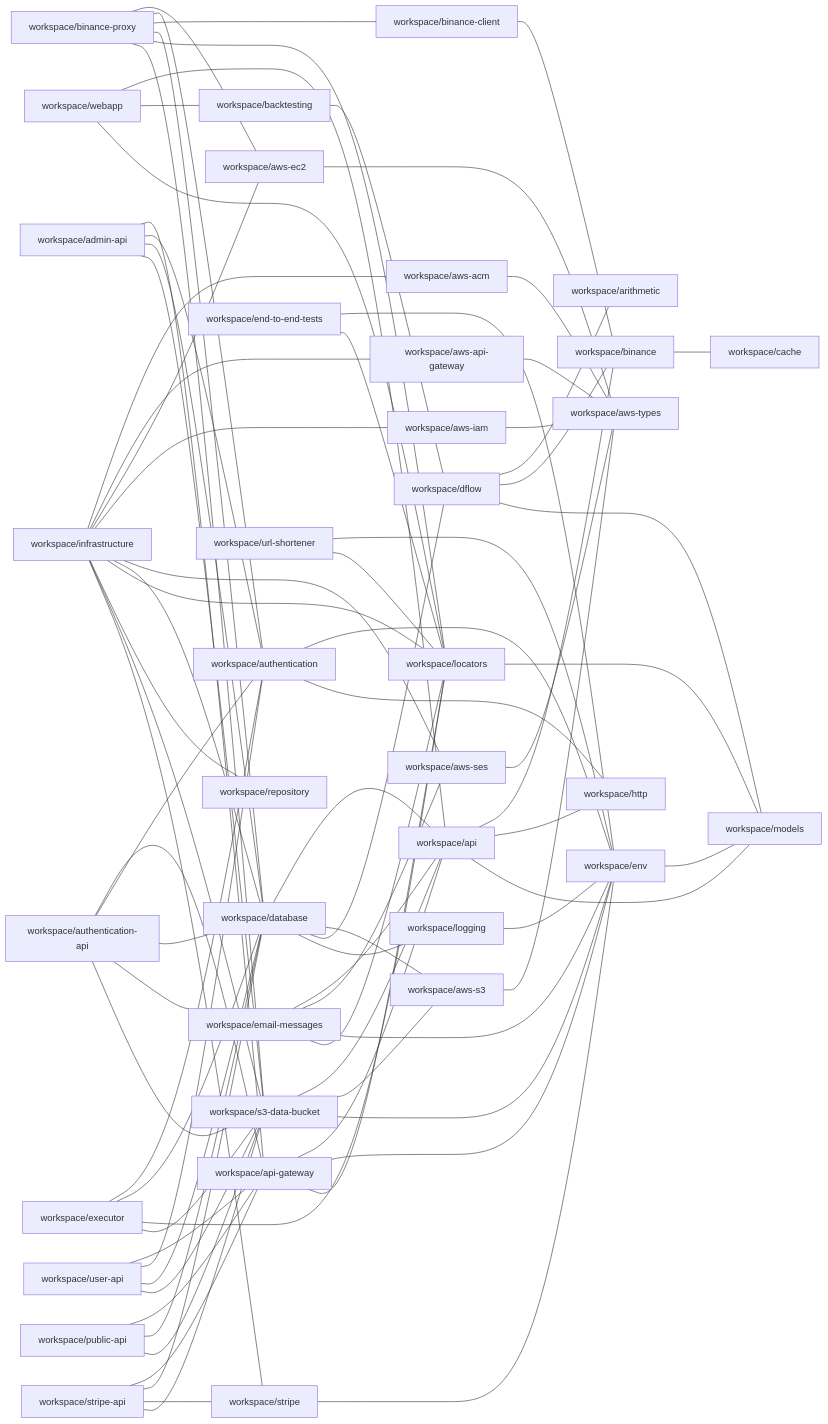
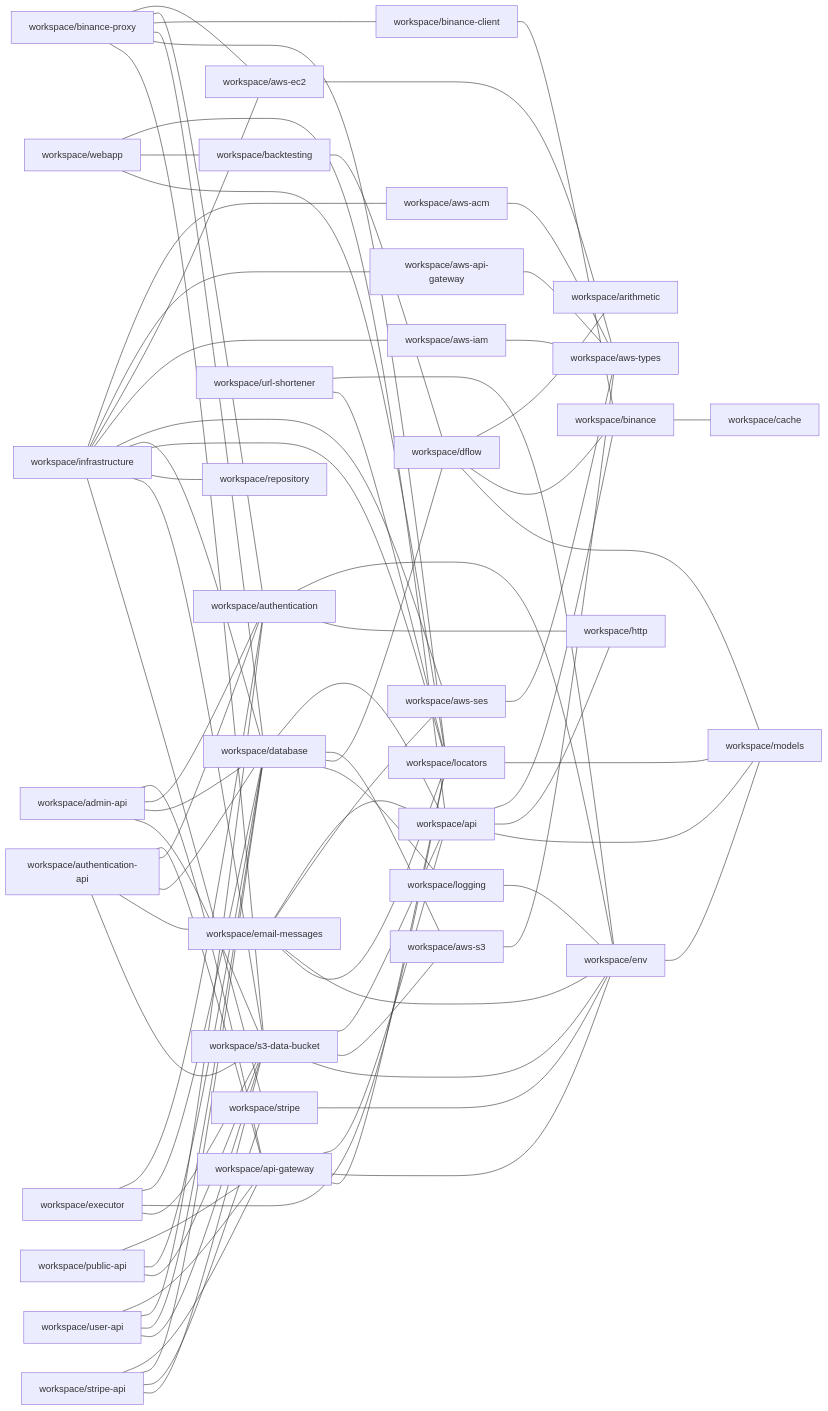
One commit to ggbot-org/ggbot changed the diagram in repository/docs/npm-dependencies.md. Above: the diagram before and after it, drawn with Mermaid. The commit also changed 12 other files, not shown here.

```diff
--- a/repository/docs/npm-dependencies.md
+++ b/repository/docs/npm-dependencies.md
@@ -47,8 +47,6 @@
     workspace/email-messages --- workspace/aws-ses
     workspace/email-messages --- workspace/env
     workspace/email-messages --- workspace/locators
-    workspace/end-to-end-tests --- workspace/env
-    workspace/end-to-end-tests --- workspace/locators
     workspace/env --- workspace/models
     workspace/executor --- workspace/authentication
     workspace/executor --- workspace/database
```
